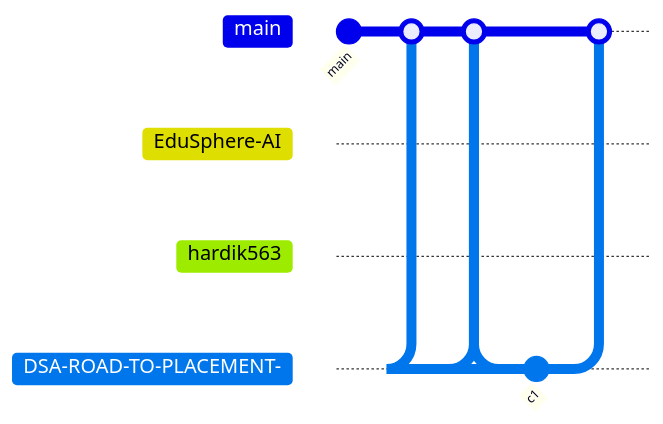
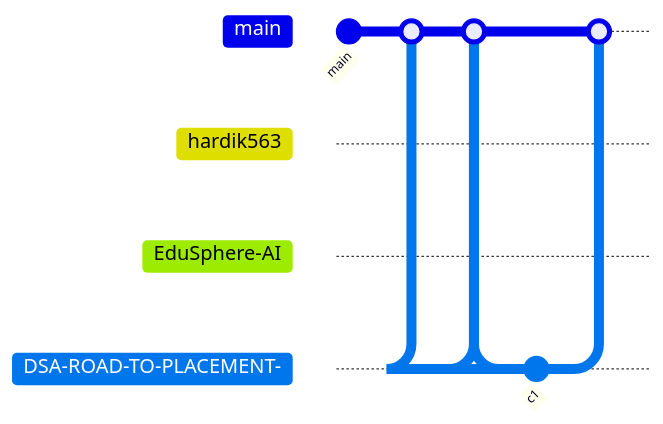
One commit to hardik563/hardik563 changed the diagram in README.md. Above: the diagram before and after it, drawn with Mermaid. The commit also changed other lines of this file and 12 other files, not shown here.

````diff
--- a/README.md
+++ b/README.md
@@ -344,19 +344,19 @@
 ```mermaid
 gitGraph
    commit id: "main"
+   branch hardik563
+   checkout hardik563
+   commit id: "c1"
+   checkout main
+   merge hardik563
    branch EduSphere-AI
    checkout EduSphere-AI
    commit id: "c1"
    checkout main
    merge EduSphere-AI
-   branch hardik563
-   checkout hardik563
-   commit id: "c1"
-   checkout main
-   merge hardik563
    branch DSA-ROAD-TO-PLACEMENT-
    checkout DSA-ROAD-TO-PLACEMENT-
    commit id: "c1"
    checkout main
    merge DSA-ROAD-TO-PLACEMENT-
 ```
````
